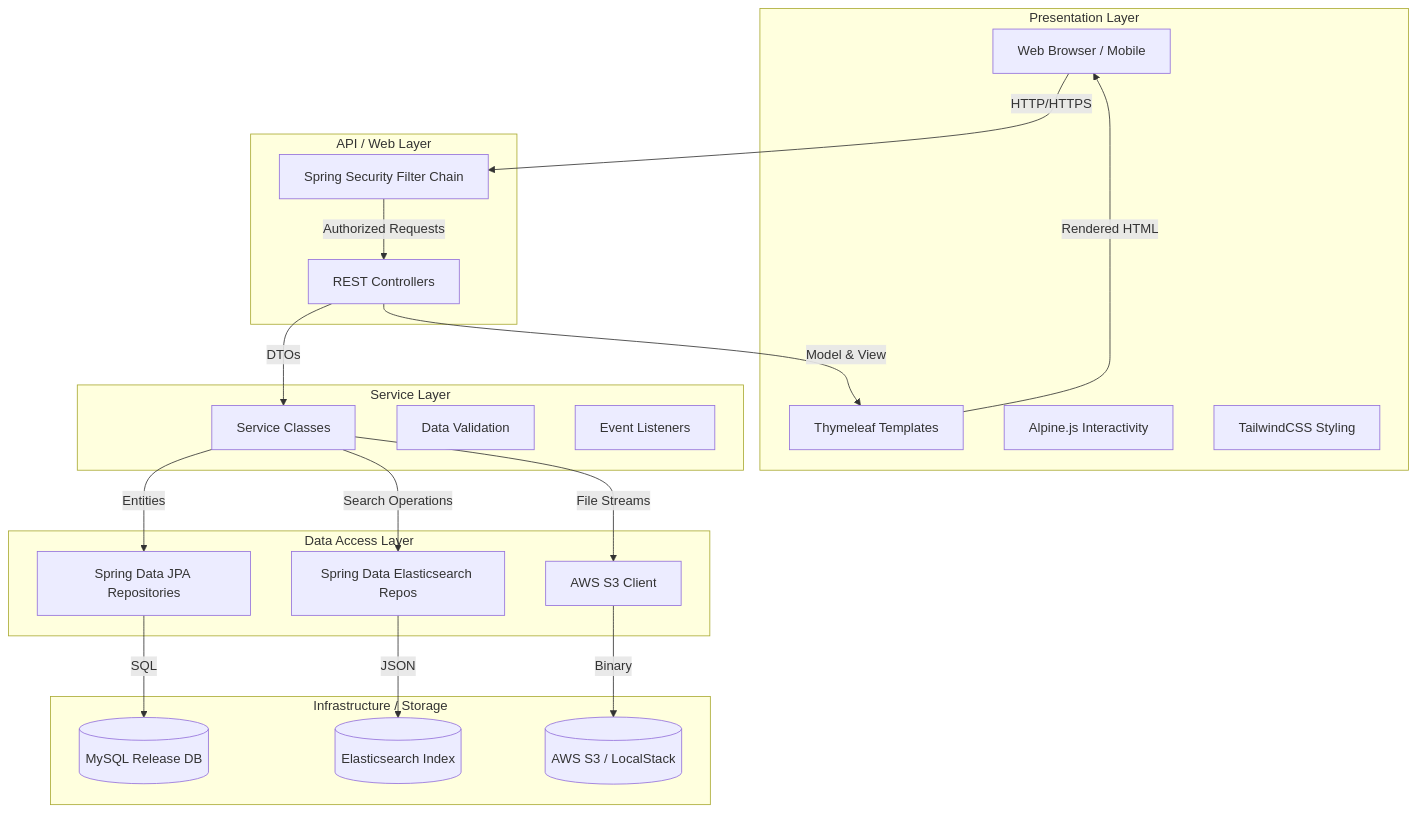
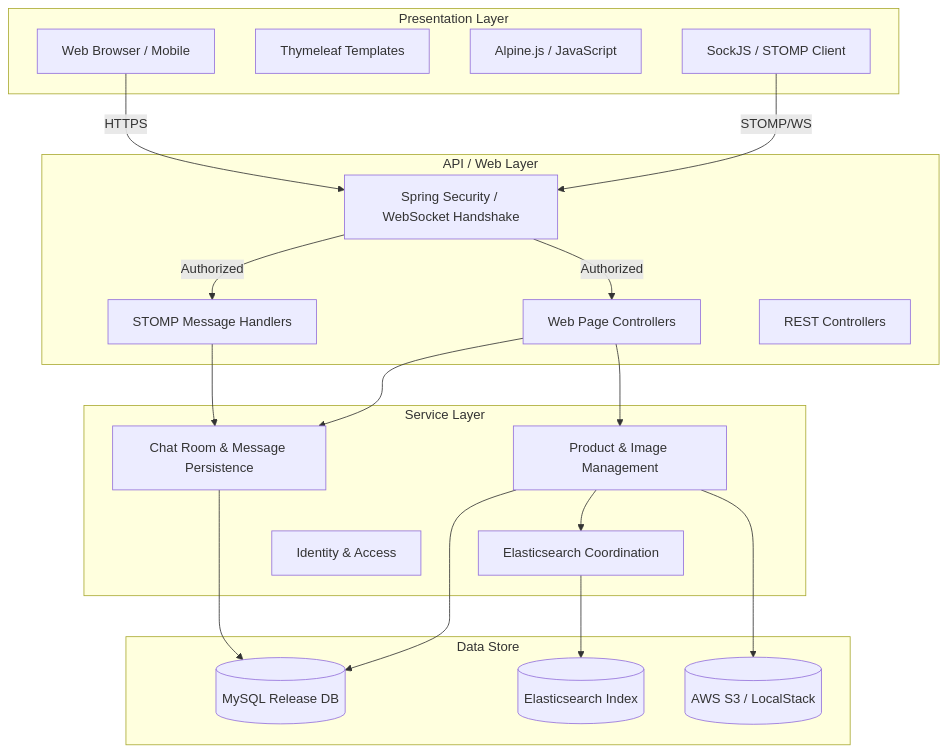
Before and after one commit to Rebbouh-Mohamed/Marketplace-App: the first of 5 diagrams in docs/technical_documentation.md, drawn with Mermaid. The commit also changed other lines of this file and 8 other files, not shown here.

````diff
--- a/docs/technical_documentation.md
+++ b/docs/technical_documentation.md
@@ -19,46 +18,45 @@
 ```mermaid
 graph TB
     subgraph "Presentation Layer"
         Browser[Web Browser / Mobile]
         Thymeleaf[Thymeleaf Templates]
-        Alpine[Alpine.js Interactivity]
-        Tailwind[TailwindCSS Styling]
+        Alpine[Alpine.js / JavaScript]
+        WebSocketClient[SockJS / STOMP Client]
     end
 
     subgraph "API / Web Layer"
-        Controllers[REST Controllers]
-        Security[Spring Security Filter Chain]
+        PageControllers[Web Page Controllers]
+        WebSocketController[STOMP Message Handlers]
+        RestControllers[REST Controllers]
+        Security[Spring Security / WebSocket Handshake]
     end
 
     subgraph "Service Layer"
-        BusinessLogic[Service Classes]
-        Validation[Data Validation]
-        EventHandling[Event Listeners]
+        ProductService[Product & Image Management]
+        ChatService[Chat Room & Message Persistence]
+        SearchService[Elasticsearch Coordination]
+        UserService[Identity & Access]
     end
 
-    subgraph "Data Access Layer"
-        JPA[Spring Data JPA Repositories]
-        ES_Repo[Spring Data Elasticsearch Repos]
-        S3_Client[AWS S3 Client]
-    end
-
-    subgraph "Infrastructure / Storage"
+    subgraph "Data Store"
         MySQL[(MySQL Release DB)]
         Elasticsearch[(Elasticsearch Index)]
         S3[(AWS S3 / LocalStack)]
     end
 
-    Browser -->|HTTP/HTTPS| Security
-    Security -->|Authorized Requests| Controllers
-    Controllers -->|Model & View| Thymeleaf
-    Thymeleaf -->|Rendered HTML| Browser
+    Browser -->|HTTPS| Security
+    WebSocketClient -->|STOMP/WS| Security
+    Security -->|Authorized| PageControllers
+    Security -->|Authorized| WebSocketController
     
-    Controllers -->|DTOs| BusinessLogic
-    BusinessLogic -->|Entities| JPA
-    BusinessLogic -->|Search Operations| ES_Repo
-    BusinessLogic -->|File Streams| S3_Client
+    WebSocketController --> ChatService
+    PageControllers --> ProductService
+    PageControllers --> ChatService
     
-    JPA -->|SQL| MySQL
-    ES_Repo -->|JSON| Elasticsearch
-    S3_Client -->|Binary| S3
+    ChatService --> MySQL
+    ProductService --> MySQL
+    ProductService --> S3
+    ProductService --> SearchService
+    
+    SearchService --> Elasticsearch
 ```
````
